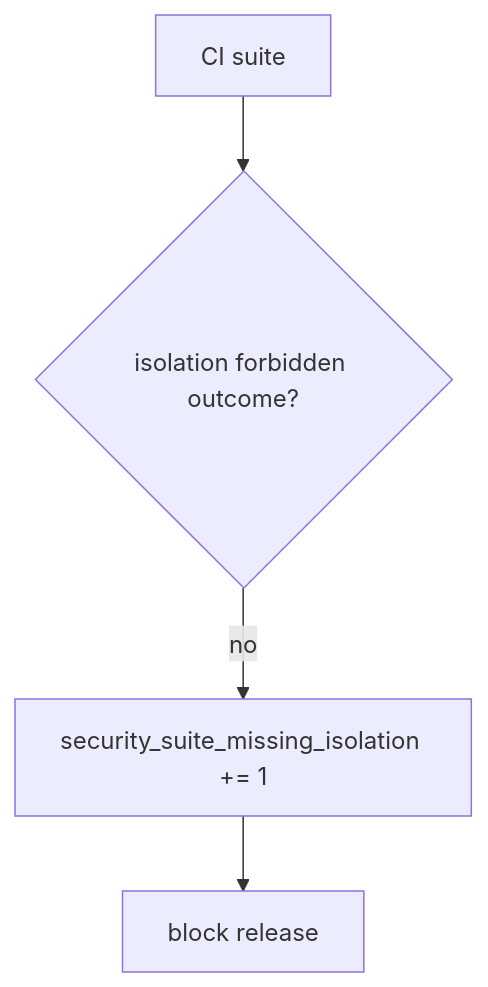
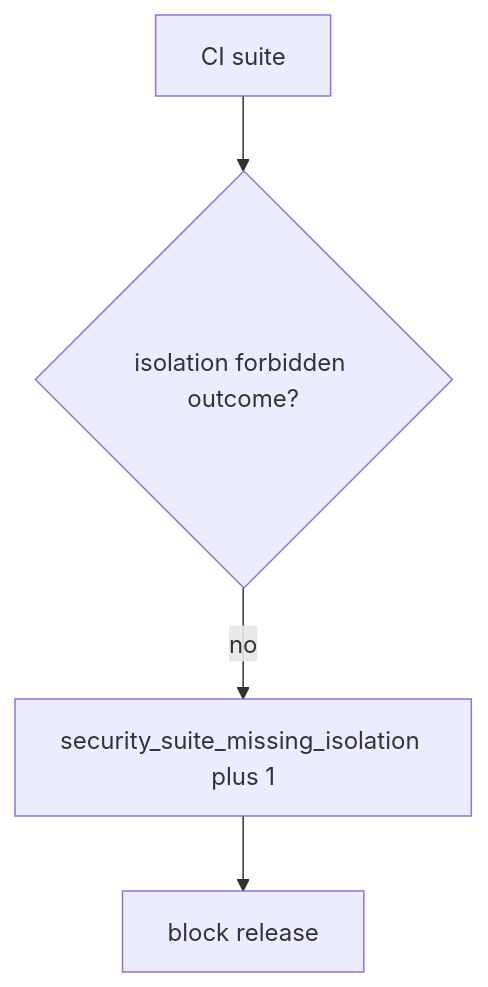
One commit to ishitvagoel/LearnSecurity changed the diagram in content/modules/9/9.3/lessons/06-operate.md. Above: the diagram before and after it, drawn with Mermaid. The commit also changed other lines of this file and 28 other files, not shown here.

````diff
--- a/content/modules/9/9.3/lessons/06-operate.md
+++ b/content/modules/9/9.3/lessons/06-operate.md
@@ -13,6 +13,6 @@
 ```mermaid
 flowchart TD
   Suite[CI suite] --> Iso{isolation forbidden outcome?}
-  Iso -->|no| Metric["security_suite_missing_isolation += 1"]
+  Iso -->|no| Metric["security_suite_missing_isolation plus 1"]
   Metric --> Block[block release]
 ```
````
